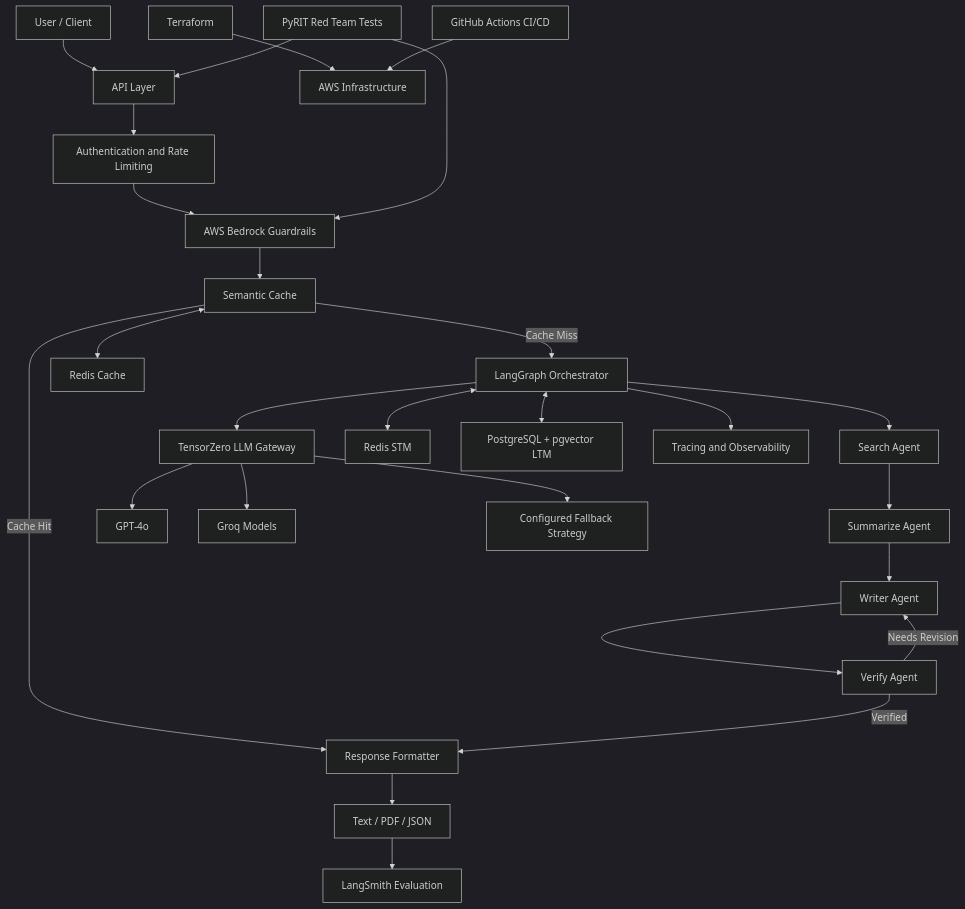
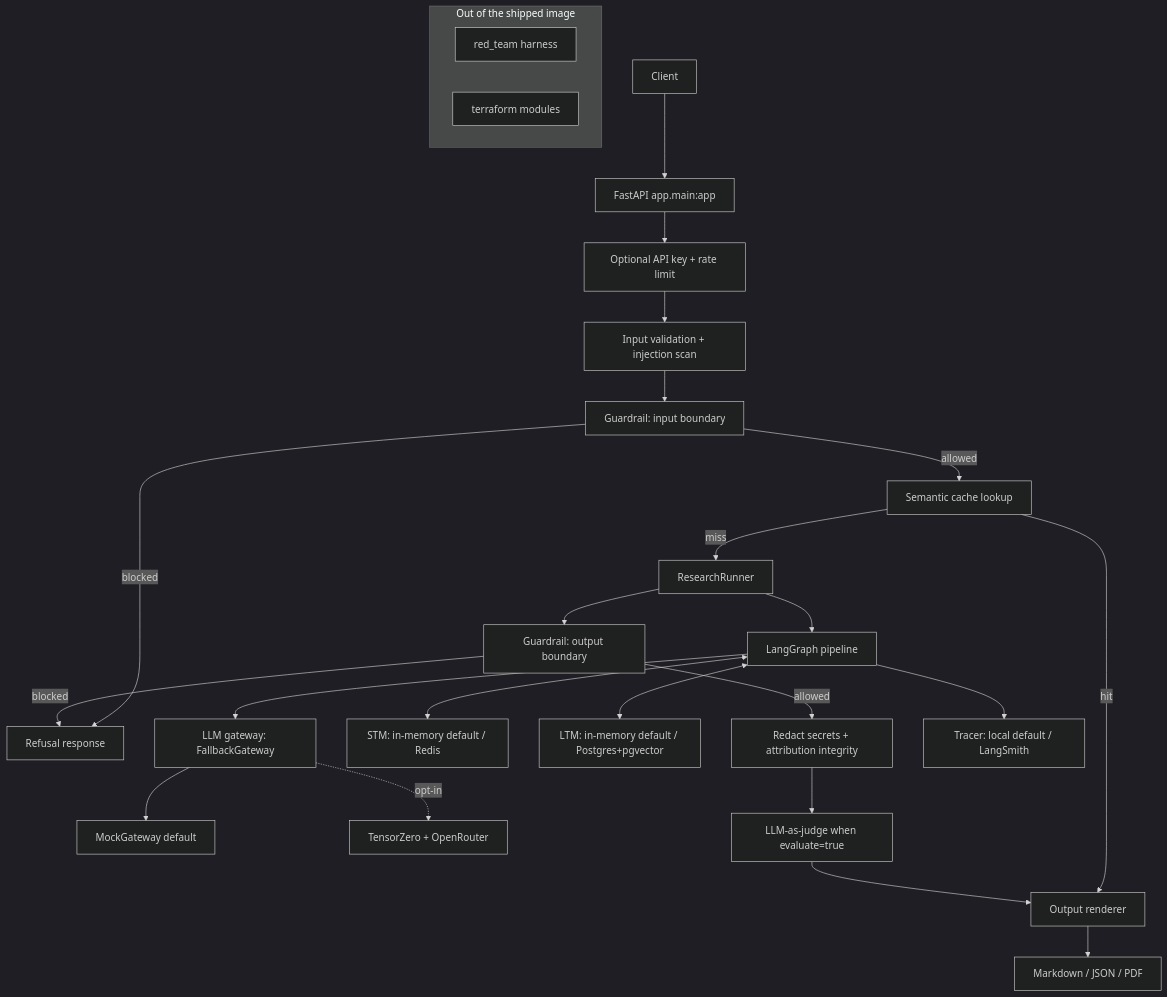
The first of 2 diagrams in README.md (kode-0x/Queryn), drawn with Mermaid (dark theme) before and after one commit. The commit also changed other lines of this file and 21 other files, not shown here.

````diff
--- a/README.md
+++ b/README.md
@@ -102,37 +69,34 @@
 ```mermaid
 flowchart TD
-    U[User / Client] --> API[API Layer]
-    API --> AUTH[Authentication and Rate Limiting]
-    AUTH --> GUARD[AWS Bedrock Guardrails]
-    GUARD --> CACHE[Semantic Cache]
+    U[Client] --> API[FastAPI app.main:app]
+    API --> AUTH[Optional API key + rate limit]
+    AUTH --> IN[Input validation + injection scan]
+    IN --> GIN[Guardrail: input boundary]
+    GIN -->|blocked| REF[Refusal response]
+    GIN -->|allowed| CACHE[Semantic cache lookup]
 
-    CACHE -->|Cache Hit| RESP[Response Formatter]
-    CACHE -->|Cache Miss| LG[LangGraph Orchestrator]
+    CACHE -->|hit| OUT[Output renderer]
+    CACHE -->|miss| RUN[ResearchRunner]
 
-    LG --> S[Search Agent]
-    S --> SUM[Summarize Agent]
-    SUM --> W[Writer Agent]
-    W --> V[Verify Agent]
+    RUN --> LG[LangGraph pipeline]
+    LG --> GW[LLM gateway: FallbackGateway]
+    GW --> MOCK[MockGateway default]
+    GW -. opt-in .-> TZ[TensorZero + OpenRouter]
 
-    V -->|Needs Revision| W
-    V -->|Verified| RESP
+    LG <--> STM[STM: in-memory default / Redis]
+    LG <--> LTM[LTM: in-memory default / Postgres+pgvector]
 
-    LG --> GW[TensorZero LLM Gateway]
-    GW --> GPT[GPT-4o]
-    GW --> GROQ[Groq Models]
-    GW --> FALLBACK[Configured Fallback Strategy]
+    RUN --> GOUT[Guardrail: output boundary]
+    GOUT -->|blocked| REF
+    GOUT -->|allowed| VAL[Redact secrets + attribution integrity]
+    VAL --> JUDGE[LLM-as-judge when evaluate=true]
+    JUDGE --> OUT
+    OUT --> RESP[Markdown / JSON / PDF]
 
-    LG <--> STM[Redis STM]
-    LG <--> LTM[PostgreSQL + pgvector LTM]
-    CACHE <--> REDIS[Redis Cache]
+    LG --> TRACE[Tracer: local default / LangSmith]
 
-    RESP --> OUT[Text / PDF / JSON]
-    OUT --> EVAL[LangSmith Evaluation]
-    LG --> TRACE[Tracing and Observability]
-
-    RT[PyRIT Red Team Tests] --> GUARD
-    RT --> API
-
-    TF[Terraform] --> AWS[AWS Infrastructure]
-    CI[GitHub Actions CI/CD] --> AWS
+    subgraph RepoRoot[Out of the shipped image]
+        RT[red_team harness]
+        TF[terraform modules]
+    end
 ```
````
